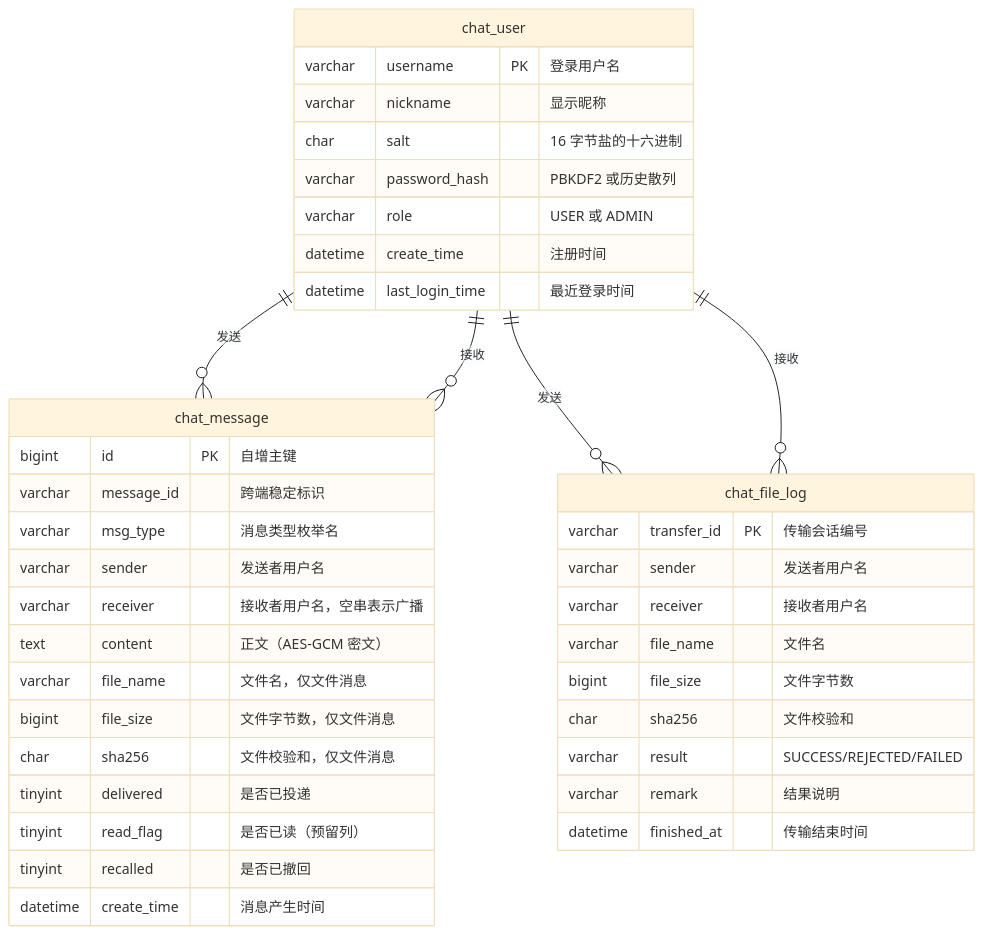
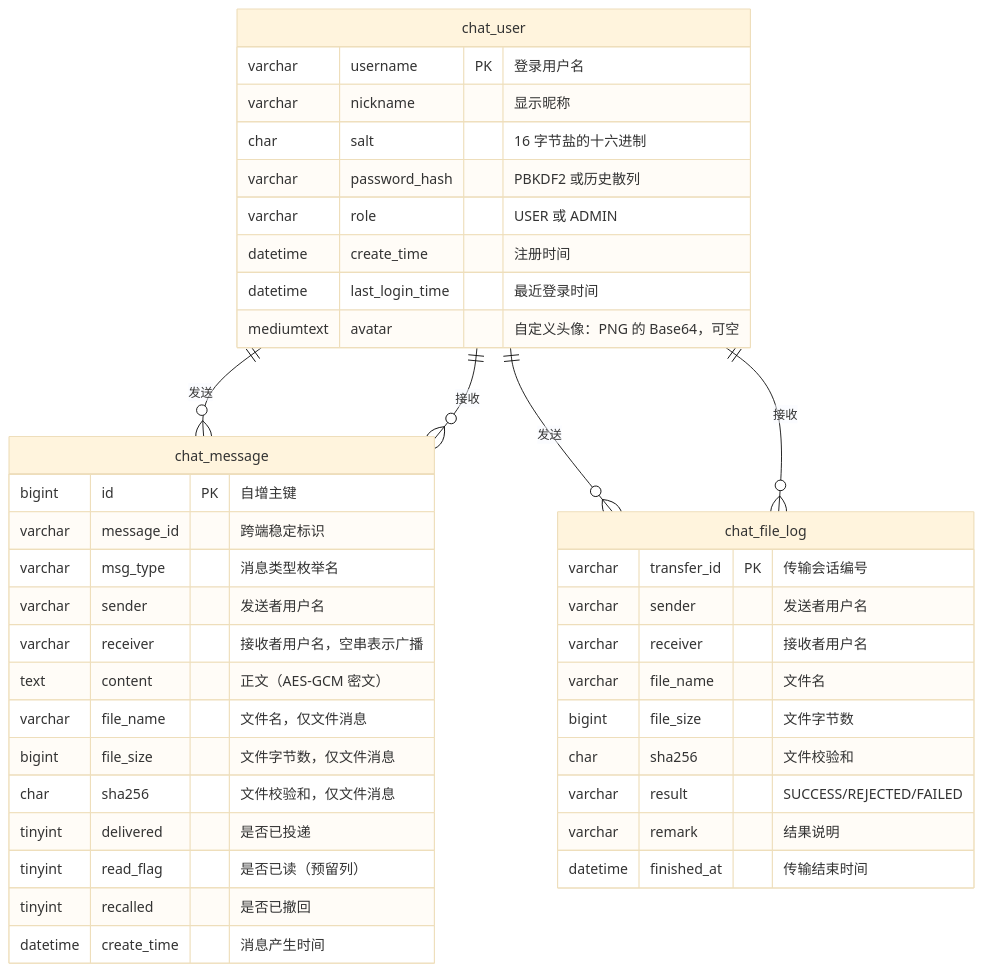
Before and after one commit to FeiTwnd/lanchat: the second of 3 diagrams in docs/design/03-数据库与持久化设计.md, drawn with Mermaid (base theme). The commit also changed other lines of this file and 17 other files, not shown here.

````diff
--- a/docs/design/03-数据库与持久化设计.md
+++ b/docs/design/03-数据库与持久化设计.md
@@ -138,45 +144,46 @@
 ```mermaid
 erDiagram
     chat_user ||--o{ chat_message : "发送"
     chat_user ||--o{ chat_message : "接收"
     chat_user ||--o{ chat_file_log : "发送"
     chat_user ||--o{ chat_file_log : "接收"
 
     chat_user {
         varchar username PK "登录用户名"
         varchar nickname "显示昵称"
         char salt "16 字节盐的十六进制"
         varchar password_hash "PBKDF2 或历史散列"
         varchar role "USER 或 ADMIN"
         datetime create_time "注册时间"
         datetime last_login_time "最近登录时间"
+        mediumtext avatar "自定义头像：PNG 的 Base64，可空"
     }
 
     chat_message {
         bigint id PK "自增主键"
         varchar message_id "跨端稳定标识"
         varchar msg_type "消息类型枚举名"
         varchar sender "发送者用户名"
         varchar receiver "接收者用户名，空串表示广播"
         text content "正文（AES-GCM 密文）"
         varchar file_name "文件名，仅文件消息"
         bigint file_size "文件字节数，仅文件消息"
         char sha256 "文件校验和，仅文件消息"
         tinyint delivered "是否已投递"
         tinyint read_flag "是否已读（预留列）"
         tinyint recalled "是否已撤回"
         datetime create_time "消息产生时间"
     }
 
     chat_file_log {
         varchar transfer_id PK "传输会话编号"
         varchar sender "发送者用户名"
         varchar receiver "接收者用户名"
         varchar file_name "文件名"
         bigint file_size "文件字节数"
         char sha256 "文件校验和"
         varchar result "SUCCESS/REJECTED/FAILED"
         varchar remark "结果说明"
         datetime finished_at "传输结束时间"
     }
 ```
````
